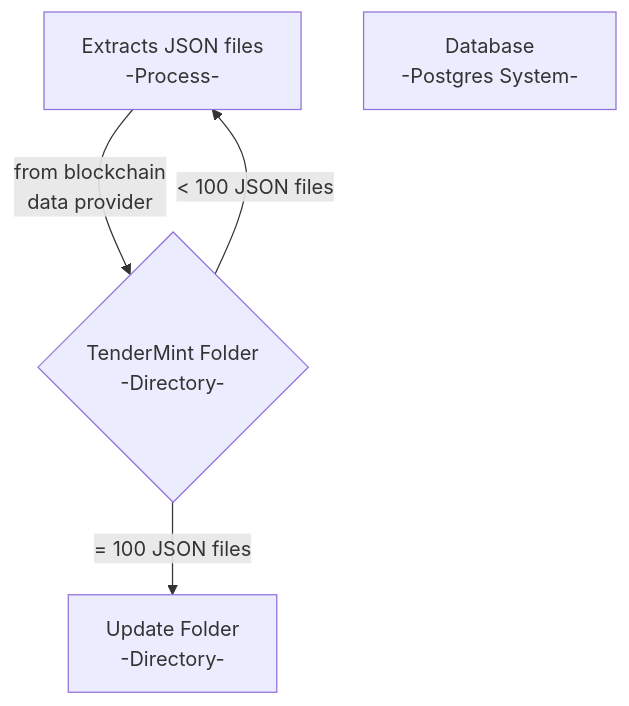
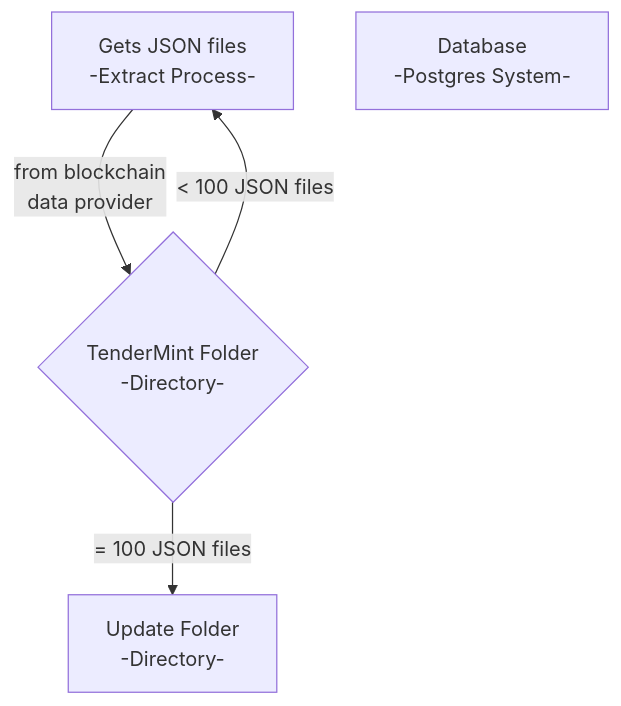
The diagram in README.md (patmcfarland/one), drawn with Mermaid before and after one commit.

````diff
--- a/README.md
+++ b/README.md
@@ -1,9 +1,9 @@
 ```mermaid
 flowchart TD
-A[Extracts JSON files<br>-Process-]
+A[Gets JSON files<br>-Extract Process-]
 A -- from blockchain<br>data provider --> B
 B{TenderMint Folder<br>-Directory-}
 B -- = 100 JSON files --> C[Update Folder<br>-Directory-]
 B -- < 100 JSON files --> A
 D[Database<br>-Postgres System-]
 ```
````
